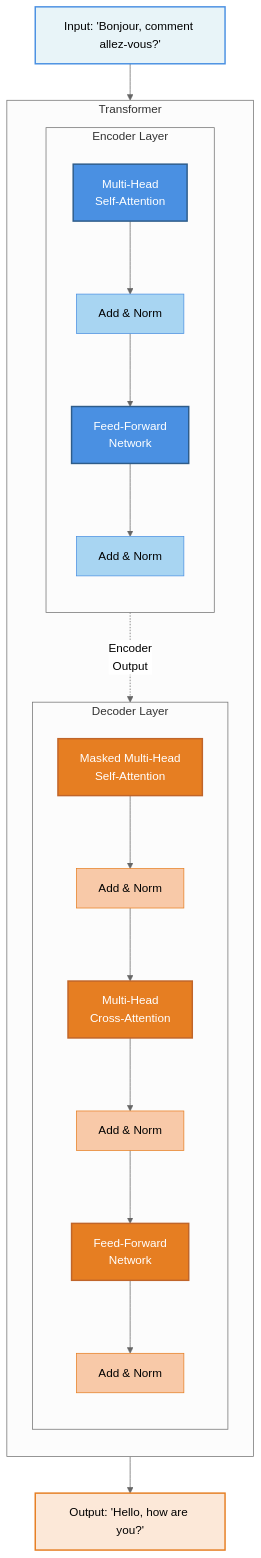
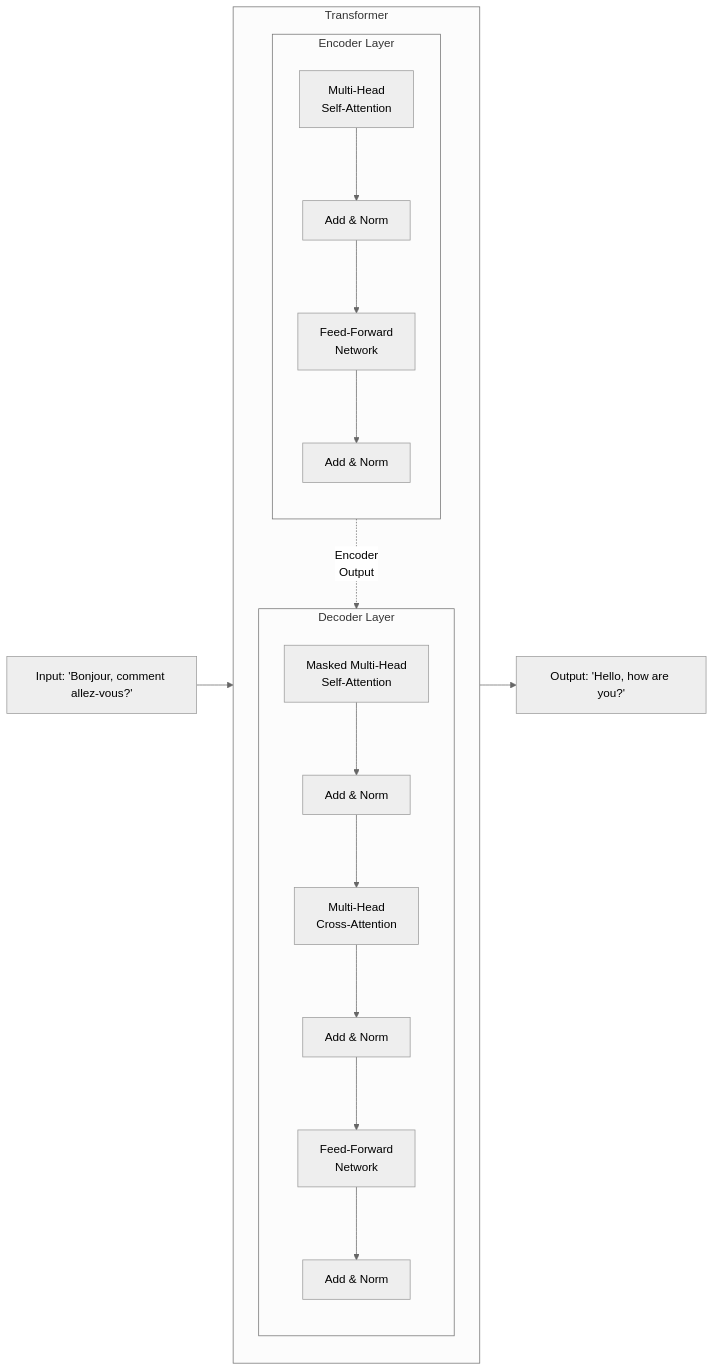
The diagram in src/01/diagrams/transformer-4.mmd (simonguest/CS-394), drawn with Mermaid (neutral theme) before and after one commit. The commit also changed 4 other files, not shown here.

Commit message:
Added mermaid theme and removed inline styling

```diff
--- a/src/01/diagrams/transformer-4.mmd
+++ b/src/01/diagrams/transformer-4.mmd
@@ -1,50 +1,35 @@
-graph TB
+graph LR
     Input["Input: 'Bonjour, comment allez-vous?'"]
     
     subgraph Transformer
         direction TB
         
         subgraph "Encoder Layer"
             direction TB
             E_SelfAttn[Multi-Head<br/>Self-Attention]
             E_AddNorm1[Add & Norm]
             E_FFN[Feed-Forward<br/>Network]
             E_AddNorm2[Add & Norm]
             
             E_SelfAttn --> E_AddNorm1 --> E_FFN --> E_AddNorm2
         end
         
         subgraph "Decoder Layer"
             direction TB
             D_SelfAttn[Masked Multi-Head<br/>Self-Attention]
             D_AddNorm1[Add & Norm]
             D_CrossAttn[Multi-Head<br/>Cross-Attention]
             D_AddNorm2[Add & Norm]
             D_FFN[Feed-Forward<br/>Network]
             D_AddNorm3[Add & Norm]
             
             D_SelfAttn --> D_AddNorm1 --> D_CrossAttn --> D_AddNorm2 --> D_FFN --> D_AddNorm3
         end
         
         E_AddNorm2 -.->|Encoder<br/>Output| D_CrossAttn
     end
     
     Output["Output: 'Hello, how are you?'"]
     
     Input --> E_SelfAttn
     D_AddNorm3 --> Output
-    
-    style E_SelfAttn fill:#4A90E2,stroke:#2E5C8A,stroke-width:2px,color:#fff
-    style E_FFN fill:#4A90E2,stroke:#2E5C8A,stroke-width:2px,color:#fff
-    style E_AddNorm1 fill:#A8D5F2,stroke:#4A90E2,stroke-width:1px,color:#000
-    style E_AddNorm2 fill:#A8D5F2,stroke:#4A90E2,stroke-width:1px,color:#000
-    
-    style D_SelfAttn fill:#E67E22,stroke:#C0652A,stroke-width:2px,color:#fff
-    style D_CrossAttn fill:#E67E22,stroke:#C0652A,stroke-width:2px,color:#fff
-    style D_FFN fill:#E67E22,stroke:#C0652A,stroke-width:2px,color:#fff
-    style D_AddNorm1 fill:#F8C9A8,stroke:#E67E22,stroke-width:1px,color:#000
-    style D_AddNorm2 fill:#F8C9A8,stroke:#E67E22,stroke-width:1px,color:#000
-    style D_AddNorm3 fill:#F8C9A8,stroke:#E67E22,stroke-width:1px,color:#000
-    
-    style Input fill:#E8F4F8,stroke:#4A90E2,stroke-width:2px
-    style Output fill:#FCE8D8,stroke:#E67E22,stroke-width:2px
```
